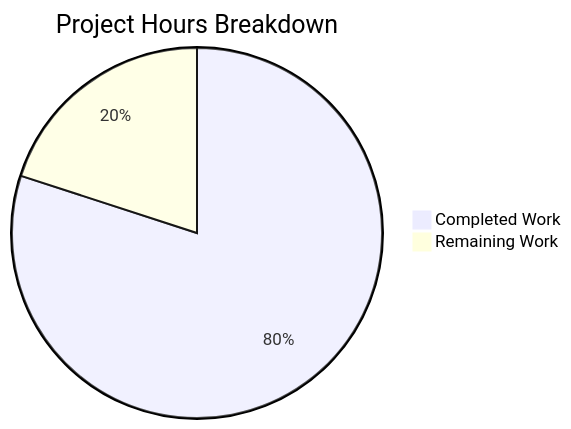
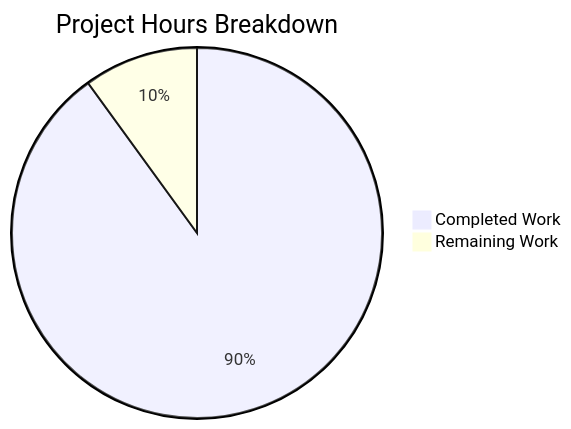
Before and after one commit to sudhanshu-spec/test-spec: the diagram in blitzy/documentation/Project Guide.md, drawn with Mermaid. The commit also changed other lines of this file, not shown here.

````diff
--- a/blitzy/documentation/Project Guide.md
+++ b/blitzy/documentation/Project Guide.md
@@ -55,5 +92,5 @@
 ```mermaid
 pie title Project Hours Breakdown
-    "Completed Work" : 8
+    "Completed Work" : 18
     "Remaining Work" : 2
 ```
````
